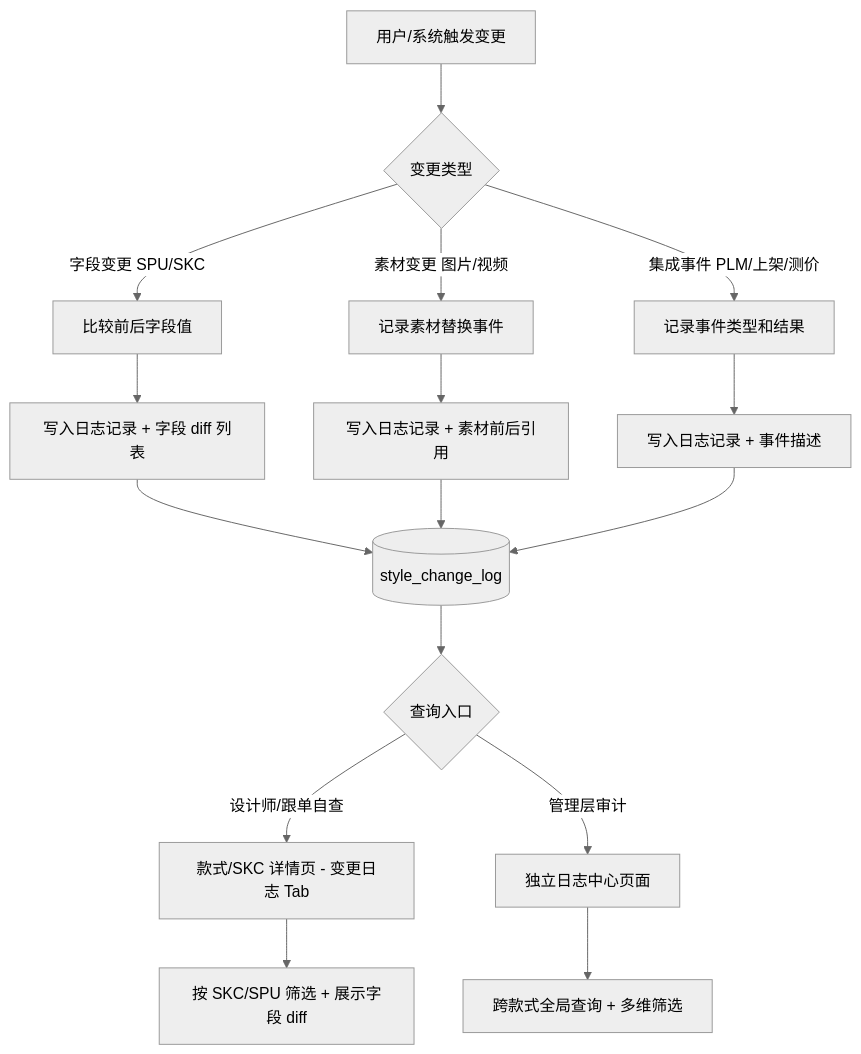
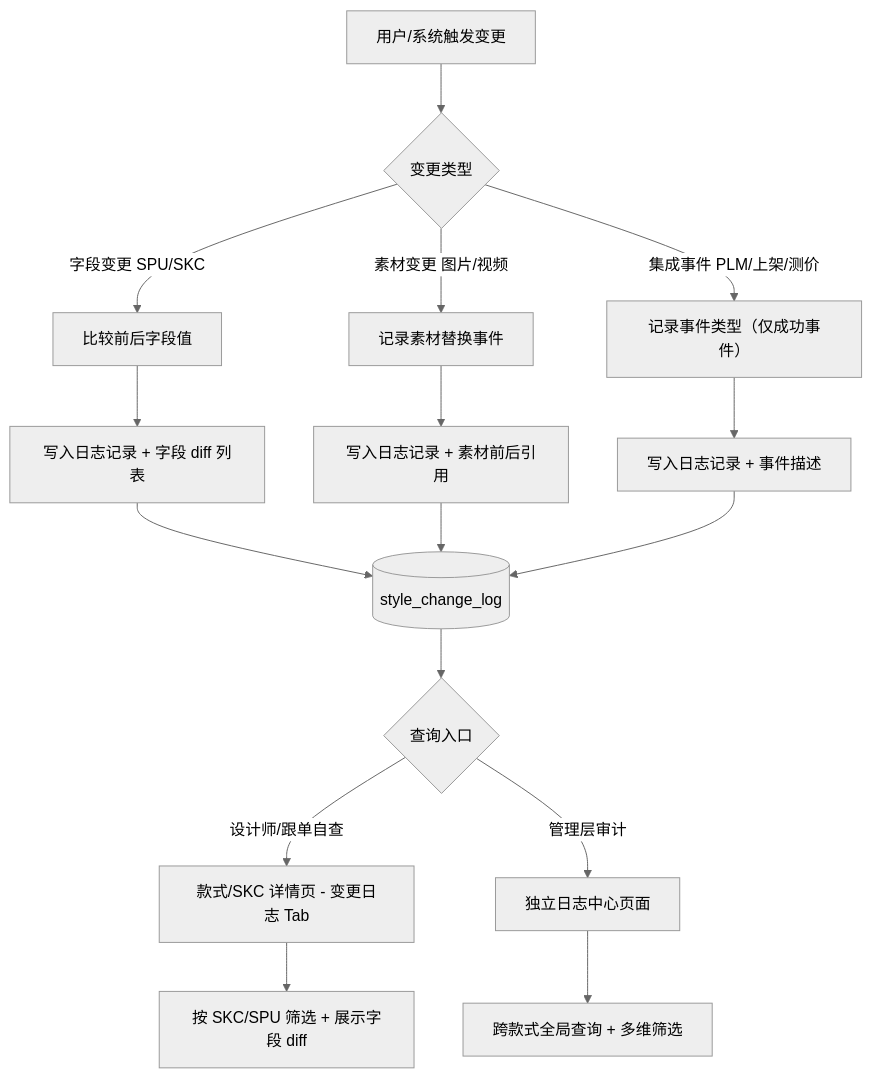
One commit to lin15622159201-arch/sdp-prd changed the first of 2 diagrams in modules/v2.8.0/style-log-center.md. Above: the diagram before and after it, drawn with Mermaid (neutral theme). The commit also changed other lines of this file and 1 other file, not shown here.

````diff
--- a/modules/v2.8.0/style-log-center.md
+++ b/modules/v2.8.0/style-log-center.md
@@ -69,16 +69,16 @@
 ```mermaid
 flowchart TD
     A[用户/系统触发变更] --> B{变更类型}
     B -->|字段变更 SPU/SKC| C[比较前后字段值]
     B -->|素材变更 图片/视频| D[记录素材替换事件]
-    B -->|集成事件 PLM/上架/测价| E[记录事件类型和结果]
+    B -->|集成事件 PLM/上架/测价| E[记录事件类型（仅成功事件）]
     C --> F[写入日志记录 + 字段 diff 列表]
     D --> G[写入日志记录 + 素材前后引用]
     E --> H[写入日志记录 + 事件描述]
     F & G & H --> I[(style_change_log)]
     I --> J{查询入口}
     J -->|设计师/跟单自查| K[款式/SKC 详情页 - 变更日志 Tab]
     J -->|管理层审计| L[独立日志中心页面]
     K --> M[按 SKC/SPU 筛选 + 展示字段 diff]
     L --> N[跨款式全局查询 + 多维筛选]
 ```
````
